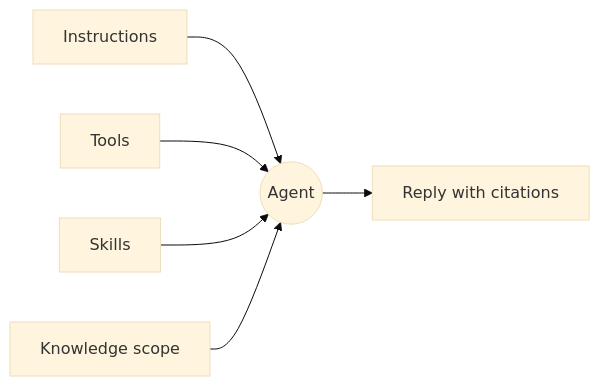
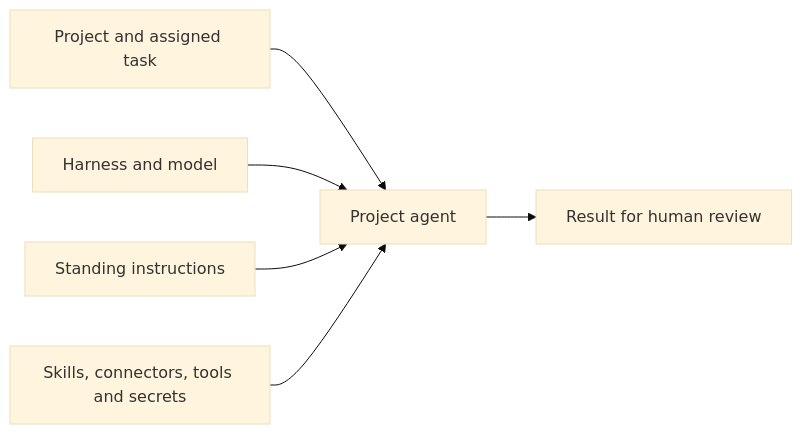
One commit to tale-project/tale changed the diagram in docs/en/platform/agents/concepts.md. Above: the diagram before and after it, drawn with Mermaid (base theme). The commit also changed other lines of this file and 135 other files, not shown here.

Commit message:
fix(platform): enforce project scope across public APIs (#3305)

````diff
--- a/docs/en/platform/agents/concepts.md
+++ b/docs/en/platform/agents/concepts.md
@@ -30,8 +26,8 @@
 ```mermaid
 flowchart LR
-    I[Instructions] --> A((Agent))
-    T[Tools] --> A
-    S[Skills] --> A
-    K[Knowledge scope] --> A
-    A --> R[Reply with citations]
+    P[Project and assigned task] --> A[Project agent]
+    H[Harness and model] --> A
+    I[Standing instructions] --> A
+    E[Skills, connectors, tools and secrets] --> A
+    A --> R[Result for human review]
 ```
````
